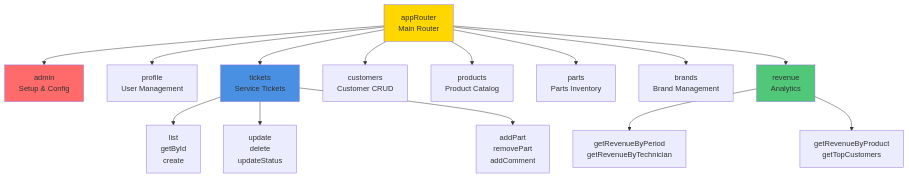
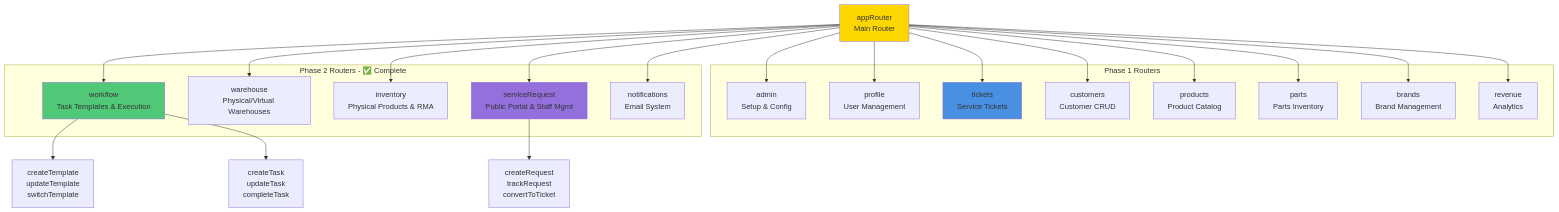
One commit to tant/service-center-app changed the second of 8 diagrams in docs/architecture/05-api-design.md. Above: the diagram before and after it, drawn with Mermaid. The commit also changed other lines of this file and 14 other files, not shown here.

First line of the commit message:
Update PRD for Service Center Phase 2 - Enhance implementation status and details

````diff
--- a/docs/architecture/05-api-design.md
+++ b/docs/architecture/05-api-design.md
@@ -52,25 +52,47 @@
 ```mermaid
 graph TB
     AppRouter[appRouter<br/>Main Router]
 
-    AppRouter --> Admin[admin<br/>Setup & Config]
-    AppRouter --> Profile[profile<br/>User Management]
-    AppRouter --> Tickets[tickets<br/>Service Tickets]
-    AppRouter --> Customers[customers<br/>Customer CRUD]
-    AppRouter --> Products[products<br/>Product Catalog]
-    AppRouter --> Parts[parts<br/>Parts Inventory]
-    AppRouter --> Brands[brands<br/>Brand Management]
-    AppRouter --> Revenue[revenue<br/>Analytics]
+    subgraph "Phase 1 Routers"
+        Admin[admin<br/>Setup & Config]
+        Profile[profile<br/>User Management]
+        Tickets[tickets<br/>Service Tickets]
+        Customers[customers<br/>Customer CRUD]
+        Products[products<br/>Product Catalog]
+        Parts[parts<br/>Parts Inventory]
+        Brands[brands<br/>Brand Management]
+        Revenue[revenue<br/>Analytics]
+    end
 
-    Tickets --> T1[list<br/>getById<br/>create]
-    Tickets --> T2[update<br/>delete<br/>updateStatus]
-    Tickets --> T3[addPart<br/>removePart<br/>addComment]
+    subgraph "Phase 2 Routers - ✅ Complete"
+        Workflow[workflow<br/>Task Templates & Execution]
+        Warehouse[warehouse<br/>Physical/Virtual Warehouses]
+        Inventory[inventory<br/>Physical Products & RMA]
+        ServiceRequest[serviceRequest<br/>Public Portal & Staff Mgmt]
+        Notifications[notifications<br/>Email System]
+    end
 
-    Revenue --> R1[getRevenueByPeriod<br/>getRevenueByTechnician]
-    Revenue --> R2[getRevenueByProduct<br/>getTopCustomers]
+    AppRouter --> Admin
+    AppRouter --> Profile
+    AppRouter --> Tickets
+    AppRouter --> Customers
+    AppRouter --> Products
+    AppRouter --> Parts
+    AppRouter --> Brands
+    AppRouter --> Revenue
+    AppRouter --> Workflow
+    AppRouter --> Warehouse
+    AppRouter --> Inventory
+    AppRouter --> ServiceRequest
+    AppRouter --> Notifications
+
+    Workflow --> W1[createTemplate<br/>updateTemplate<br/>switchTemplate]
+    Workflow --> W2[createTask<br/>updateTask<br/>completeTask]
+
+    ServiceRequest --> SR1[createRequest<br/>trackRequest<br/>convertToTicket]
 
     style AppRouter fill:#FFD700
     style Tickets fill:#4A90E2
-    style Revenue fill:#50C878
-    style Admin fill:#FF6B6B
+    style Workflow fill:#50C878
+    style ServiceRequest fill:#9370DB
 ```
````
